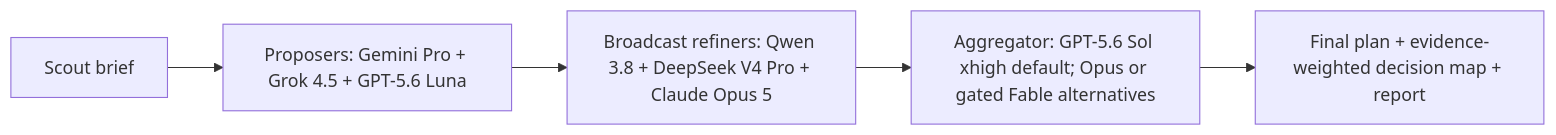
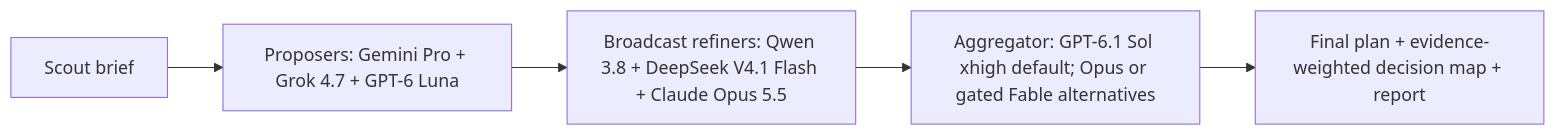
The diagram in docs/architecture.md (drivelineresearch/moa-x), drawn with Mermaid before and after one commit. The commit also changed other lines of this file and 30 other files, not shown here.

````diff
--- a/docs/architecture.md
+++ b/docs/architecture.md
@@ -7,7 +7,7 @@
 ```mermaid
 flowchart LR
-  S["Scout brief"] --> P["Proposers: Gemini Pro + Grok 4.5 + GPT-5.6 Luna"]
-  P --> R["Broadcast refiners: Qwen 3.8 + DeepSeek V4 Pro + Claude Opus 5"]
-  R --> A["Aggregator: GPT-5.6 Sol xhigh default; Opus or gated Fable alternatives"]
+  S["Scout brief"] --> P["Proposers: Gemini Pro + Grok 4.7 + GPT-6 Luna"]
+  P --> R["Broadcast refiners: Qwen 3.8 + DeepSeek V4.1 Flash + Claude Opus 5.5"]
+  R --> A["Aggregator: GPT-6.1 Sol xhigh default; Opus or gated Fable alternatives"]
   A --> O["Final plan + evidence-weighted decision map + report"]
 ```
````
